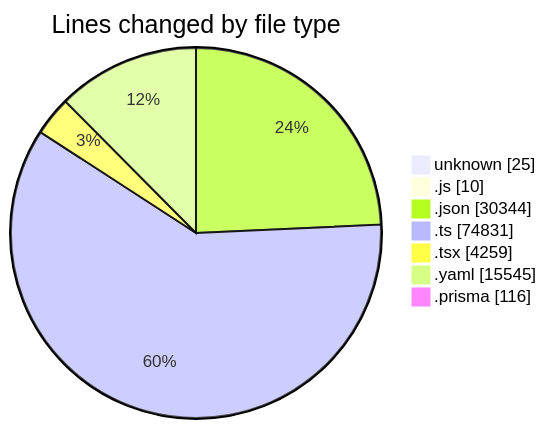
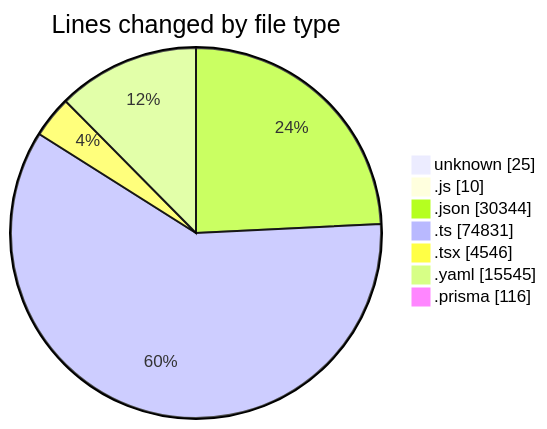
The first of 2 diagrams in 2025-05-02/ecodeli/README.md (CELIANVF/code-tracking), drawn with Mermaid before and after one commit. The commit also changed other lines of this file and 1 other file, not shown here.

````diff
--- a/2025-05-02/ecodeli/README.md
+++ b/2025-05-02/ecodeli/README.md
@@ -70,11 +71,11 @@
 ```mermaid
 pie showData
 title Lines changed by file type
 "unknown" : 25
 ".js" : 10
 ".json" : 30344
 ".ts" : 74831
-".tsx" : 4259
+".tsx" : 4546
 ".yaml" : 15545
 ".prisma" : 116
 ```
````
